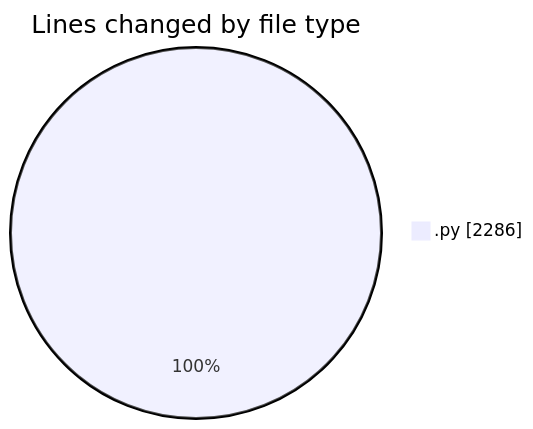
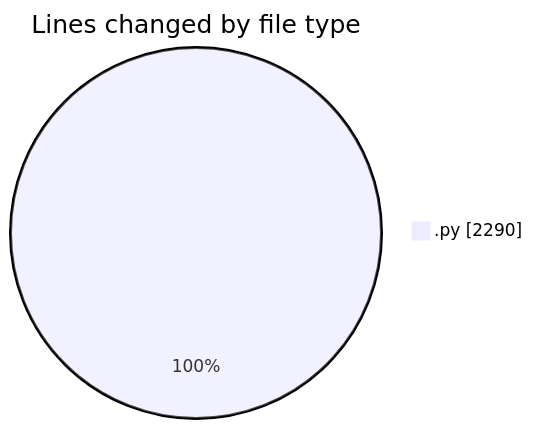
Before and after one commit to MatusMokan/code-tracking: the first of 2 diagrams in 2025-03-08/myws__workspace_/README.md, drawn with Mermaid. The commit also changed other lines of this file and 1 other file, not shown here.

````diff
--- a/2025-03-08/myws__workspace_/README.md
+++ b/2025-03-08/myws__workspace_/README.md
@@ -22,5 +22,5 @@
 ```mermaid
 pie showData
 title Lines changed by file type
-".py" : 2286
+".py" : 2290
 ```
````
